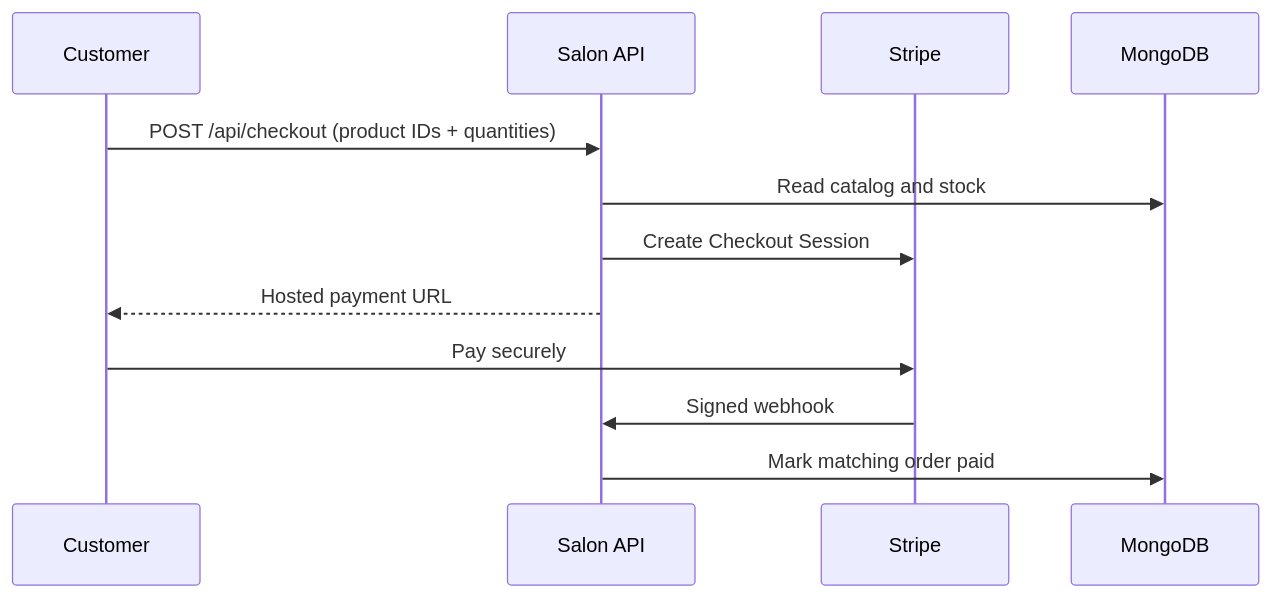
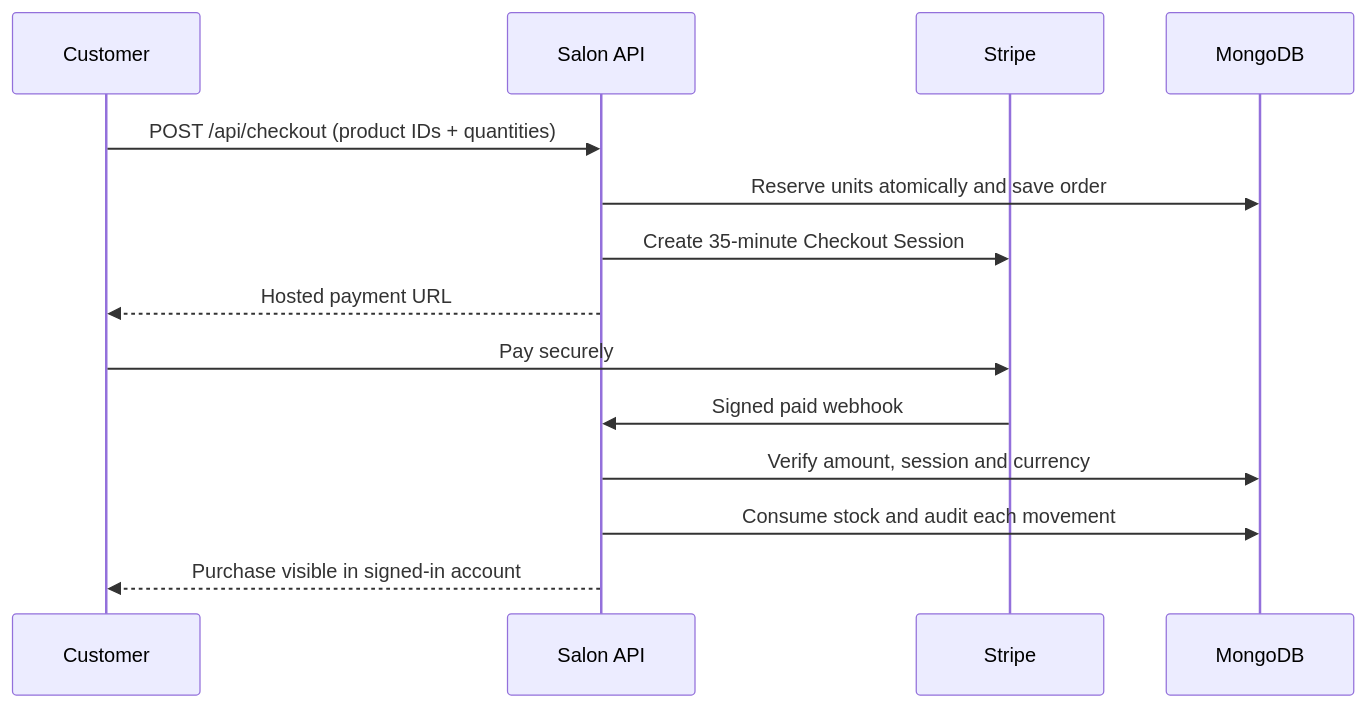
One commit to migtam628/salon_platform_template changed the fifth of 10 diagrams in README.md. Above: the diagram before and after it, drawn with Mermaid. The commit also changed other lines of this file and 11 other files, not shown here.

````diff
--- a/README.md
+++ b/README.md
@@ -192,14 +195,16 @@
 ```mermaid
 sequenceDiagram
     participant Customer
     participant SalonAPI as Salon API
     participant Stripe
     participant MongoDB
     Customer->>SalonAPI: POST /api/checkout (product IDs + quantities)
-    SalonAPI->>MongoDB: Read catalog and stock
-    SalonAPI->>Stripe: Create Checkout Session
+    SalonAPI->>MongoDB: Reserve units atomically and save order
+    SalonAPI->>Stripe: Create 35-minute Checkout Session
     SalonAPI-->>Customer: Hosted payment URL
     Customer->>Stripe: Pay securely
-    Stripe->>SalonAPI: Signed webhook
-    SalonAPI->>MongoDB: Mark matching order paid
+    Stripe->>SalonAPI: Signed paid webhook
+    SalonAPI->>MongoDB: Verify amount, session and currency
+    SalonAPI->>MongoDB: Consume stock and audit each movement
+    SalonAPI-->>Customer: Purchase visible in signed-in account
 ```
````
